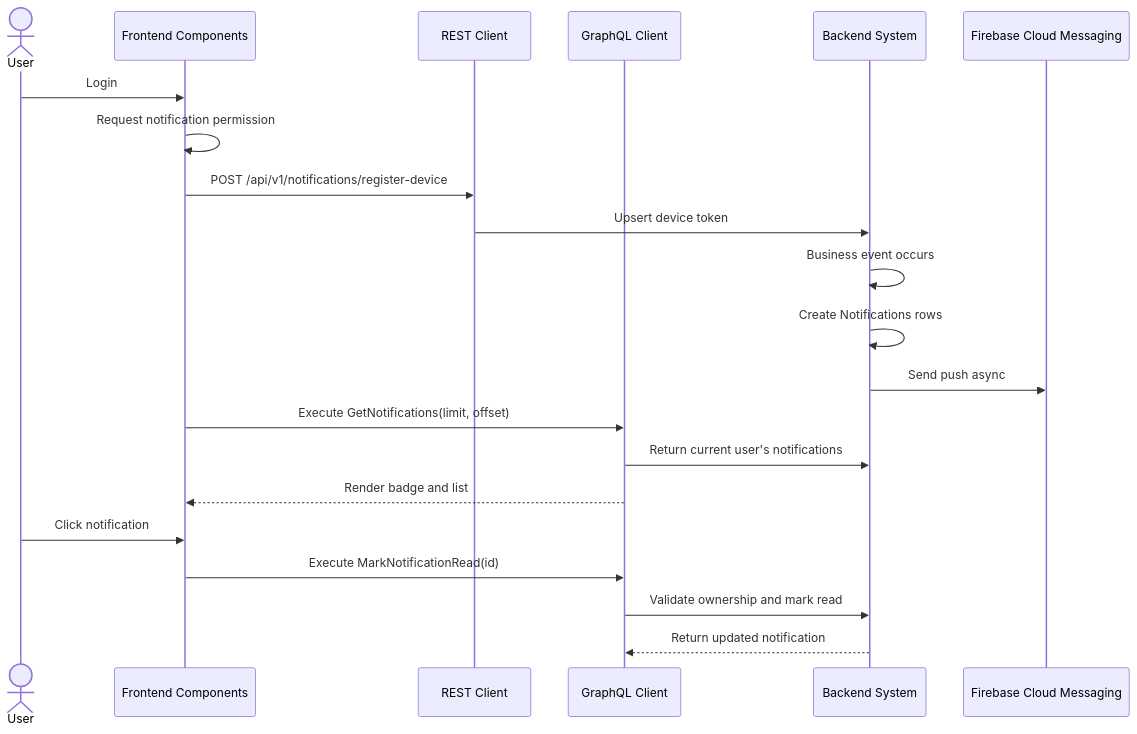
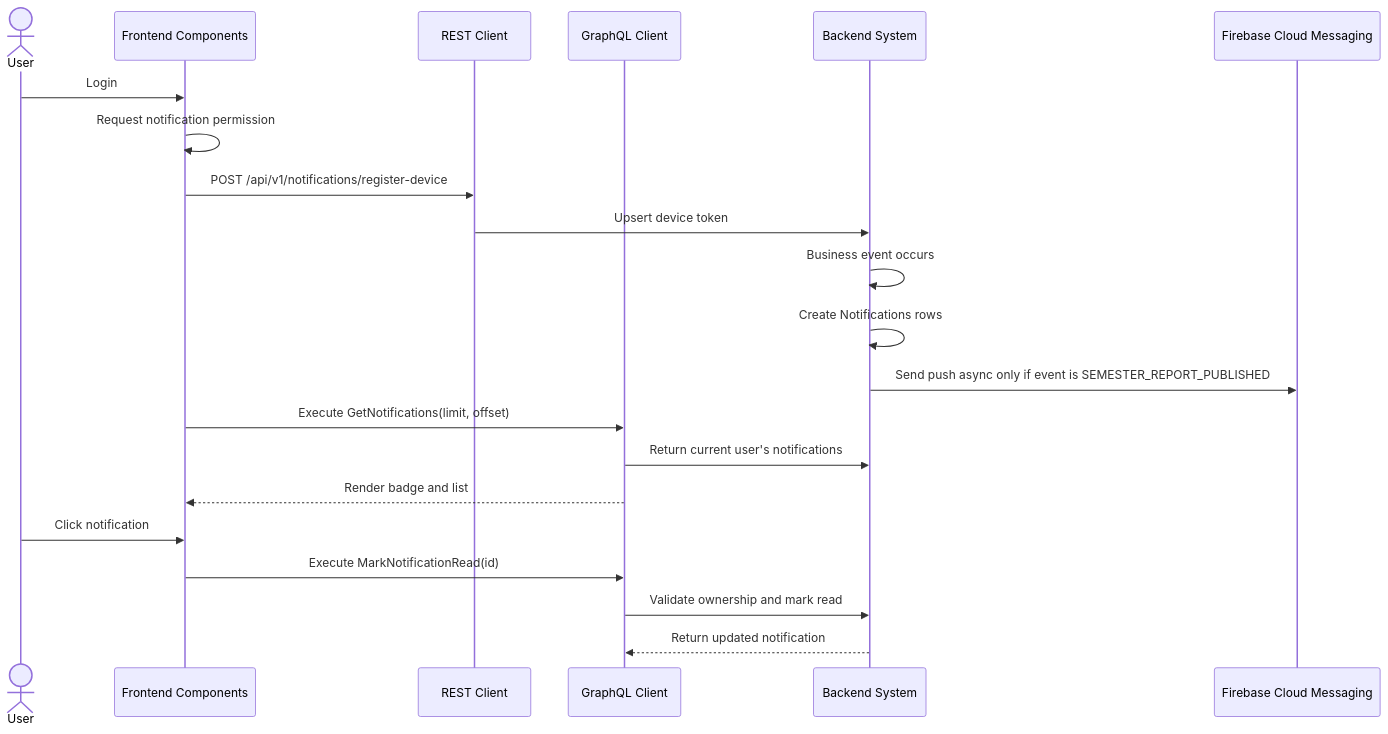
Before and after one commit to iftikharfadjar/docs-kindergarten-mgt: the diagram in docs/workflow/notification-management(low).md, drawn with Mermaid. The commit also changed other lines of this file and 34 other files, not shown here.

````diff
--- a/docs/workflow/notification-management(low).md
+++ b/docs/workflow/notification-management(low).md
@@ -161,27 +162,27 @@
 ```mermaid
 sequenceDiagram
     actor User
     participant UI as Frontend Components
     participant REST as REST Client
     participant GQL as GraphQL Client
     participant API as Backend System
     participant FCM as Firebase Cloud Messaging
 
     User->>UI: Login
     UI->>UI: Request notification permission
     UI->>REST: POST /api/v1/notifications/register-device
     REST->>API: Upsert device token
 
     API->>API: Business event occurs
     API->>API: Create Notifications rows
-    API->>FCM: Send push async
+    API->>FCM: Send push async only if event is SEMESTER_REPORT_PUBLISHED
 
     UI->>GQL: Execute GetNotifications(limit, offset)
     GQL->>API: Return current user's notifications
     GQL-->>UI: Render badge and list
 
     User->>UI: Click notification
     UI->>GQL: Execute MarkNotificationRead(id)
     GQL->>API: Validate ownership and mark read
     API-->>GQL: Return updated notification
 ```
````
